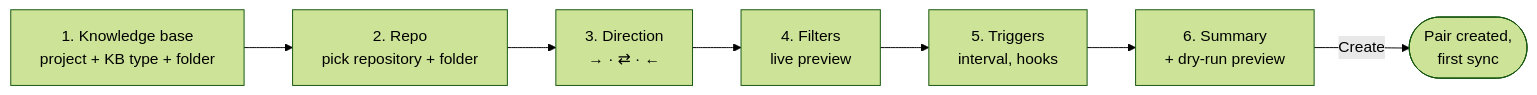
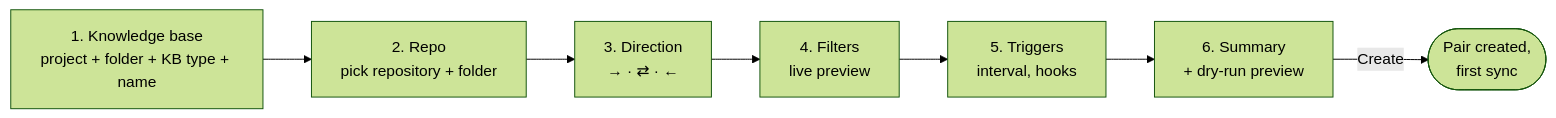
One commit to studoo-app/markoo changed the third of 4 diagrams in documentation/en/08-configuration-ui.md. Above: the diagram before and after it, drawn with Mermaid (forest theme). The commit also changed other lines of this file and 48 other files, not shown here.

````diff
--- a/documentation/en/08-configuration-ui.md
+++ b/documentation/en/08-configuration-ui.md
@@ -179,9 +181,9 @@
 ```mermaid
 flowchart LR
-    S1["1. Knowledge base<br/>project + KB type + folder"] --> S2["2. Repo<br/>pick repository + folder"]
+    S1["1. Knowledge base<br/>project + folder + KB type + name"] --> S2["2. Repo<br/>pick repository + folder"]
     S2 --> S3["3. Direction<br/>→ · ⇄ · ←"]
     S3 --> S4["4. Filters<br/>live preview"]
     S4 --> S5["5. Triggers<br/>interval, hooks"]
     S5 --> S6["6. Summary<br/>+ dry-run preview"]
     S6 -->|Create| OK(["Pair created,<br/>first sync"])
 ```
````
